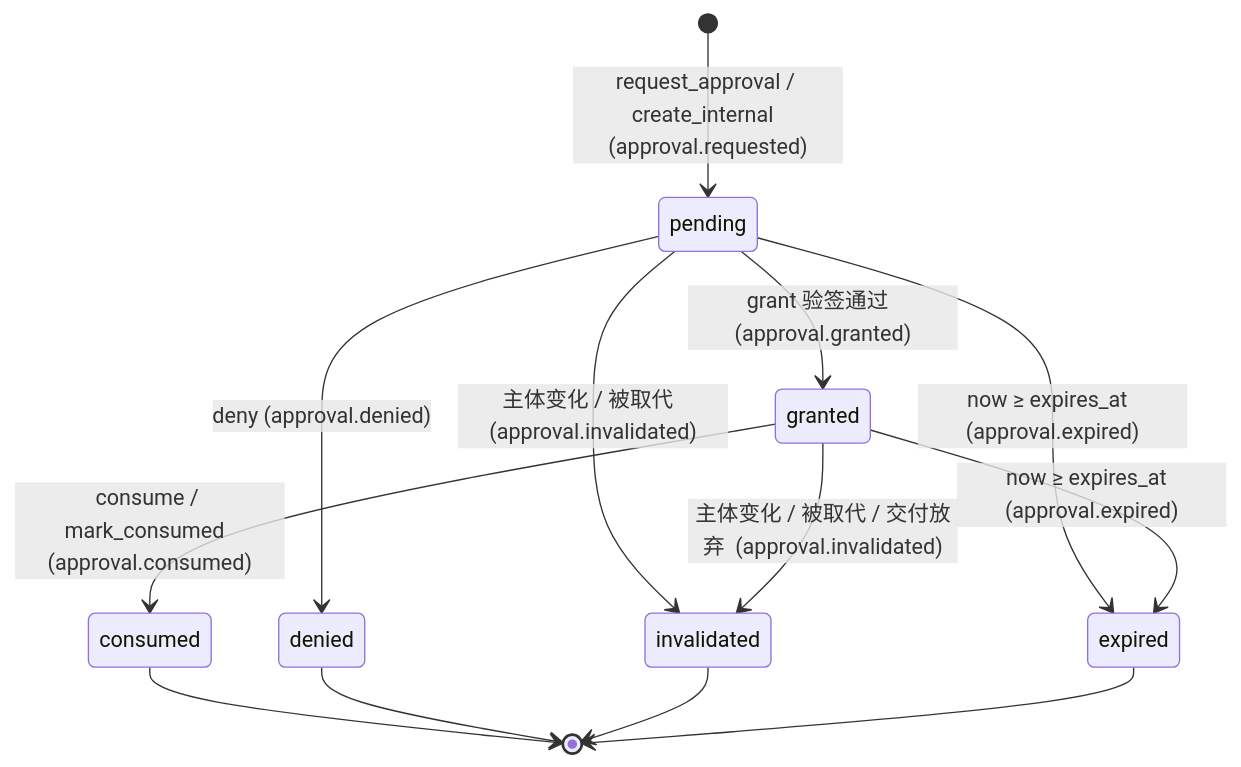
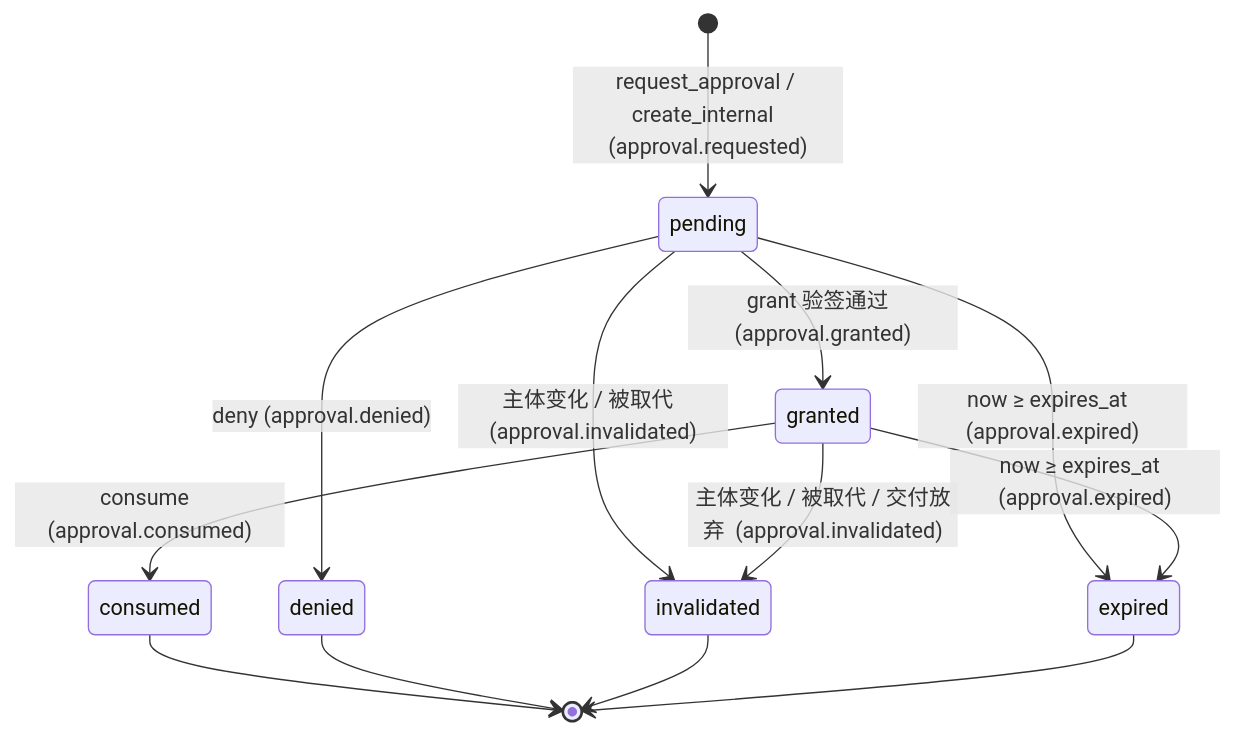
Before and after one commit to LeXwDeX/Gantry: the diagram in docs/modules/policy.md, drawn with Mermaid. The commit also changed other lines of this file and 4 other files, not shown here.

````diff
--- a/docs/modules/policy.md
+++ b/docs/modules/policy.md
@@ -450,15 +466,15 @@
 ```mermaid
 stateDiagram-v2
   [*] --> pending: request_approval / create_internal  (approval.requested)
   pending --> granted: grant 验签通过  (approval.granted)
   pending --> denied: deny  (approval.denied)
   pending --> invalidated: 主体变化 / 被取代  (approval.invalidated)
   pending --> expired: now ≥ expires_at  (approval.expired)
-  granted --> consumed: consume / mark_consumed  (approval.consumed)
+  granted --> consumed: consume  (approval.consumed)
   granted --> invalidated: 主体变化 / 被取代 / 交付放弃  (approval.invalidated)
   granted --> expired: now ≥ expires_at  (approval.expired)
   consumed --> [*]
   denied --> [*]
   invalidated --> [*]
   expired --> [*]
 ```
````
